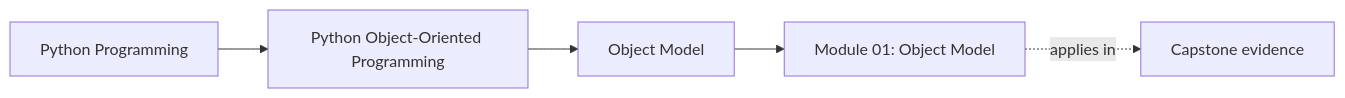
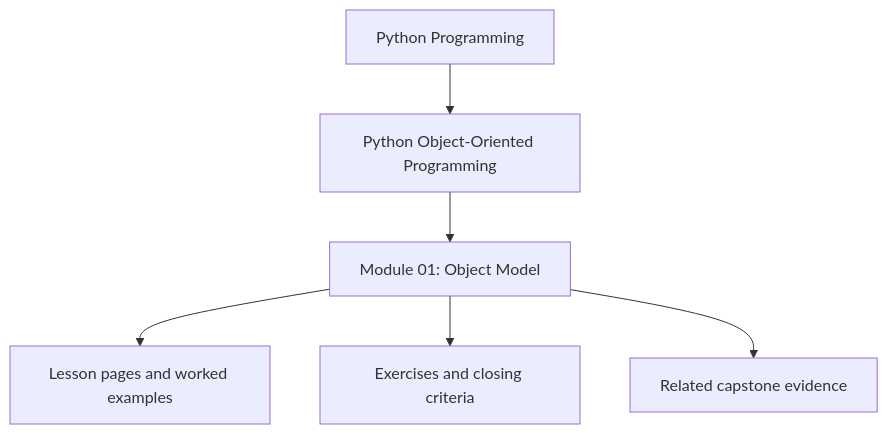
One commit to bijux/bijux-masterclass changed the first of 2 diagrams in programs/python-programming/python-object-oriented-programming/course-book/module-01-object-model/index.md. Above: the diagram before and after it, drawn with Mermaid. The commit also changed other lines of this file and 10 other files, not shown here.

Commit message:
docs(python-object-oriented-programming): reposition module overview diagrams

````diff
--- a/programs/python-programming/python-object-oriented-programming/course-book/module-01-object-model/index.md
+++ b/programs/python-programming/python-object-oriented-programming/course-book/module-01-object-model/index.md
@@ -7,11 +7,8 @@
 ```mermaid
-graph LR
-  family["Python Programming"]
-  program["Python Object-Oriented Programming"]
-  section["Object Model"]
-  page["Module 01: Object Model"]
-  capstone["Capstone evidence"]
-
-  family --> program --> section --> page
-  page -.applies in.-> capstone
+flowchart TD
+  family["Python Programming"] --> program["Python Object-Oriented Programming"]
+  program --> module["Module 01: Object Model"]
+  module --> lessons["Lesson pages and worked examples"]
+  module --> checkpoints["Exercises and closing criteria"]
+  module --> capstone["Related capstone evidence"]
 ```
````
